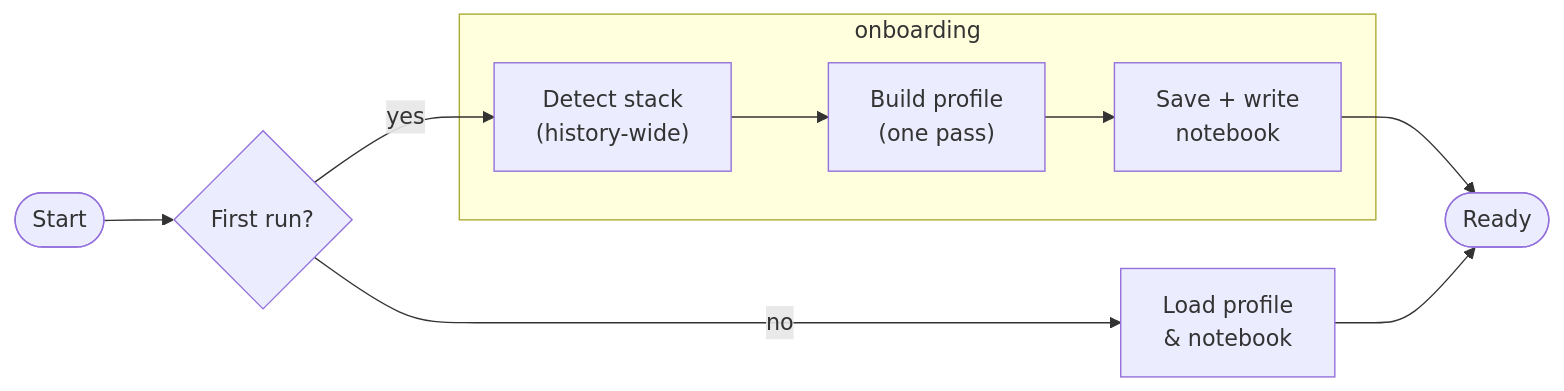
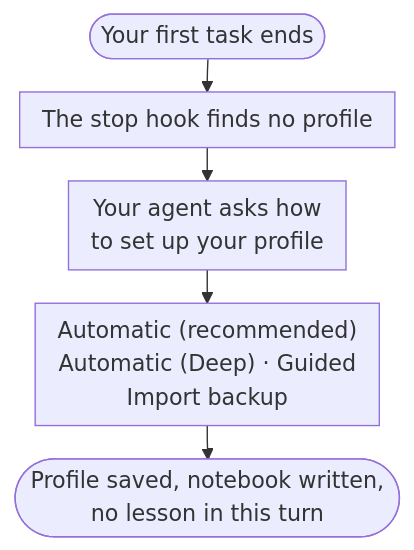
Before and after one commit to UltimaPhoenix/dev-coach: the first of 4 diagrams in docs/how-it-works.md, drawn with Mermaid. The commit also changed other lines of this file, not shown here.

First line of the commit message:
docs: how it works follows one turn, diagrams readable on a phone (#180)

````diff
--- a/docs/how-it-works.md
+++ b/docs/how-it-works.md
@@ -21,15 +37,8 @@
 ```mermaid
-flowchart LR
-    A([Start]) --> B{First run?}
-    B -- yes --> C["Detect stack<br/>(history-wide)"]
-    C --> D["Build profile<br/>(one pass)"]
-    D --> E["Save + write<br/>notebook"]
-    B -- no --> F["Load profile<br/>& notebook"]
-    E & F --> G([Ready])
-
-    subgraph onboarding["onboarding"]
-        C
-        D
-        E
-    end
+%%{init: {"flowchart": {"nodeSpacing": 18, "rankSpacing": 24, "padding": 8, "wrappingWidth": 300}}}%%
+flowchart TD
+    A(["Your first task ends"]) --> B["The stop hook finds no profile"]
+    B --> C["Your agent asks how<br/>to set up your profile"]:::primary
+    C --> D["Automatic (recommended)<br/>Automatic (Deep) · Guided<br/>Import backup"]
+    D --> E(["Profile saved, notebook written,<br/>no lesson in this turn"])
 ```
````
